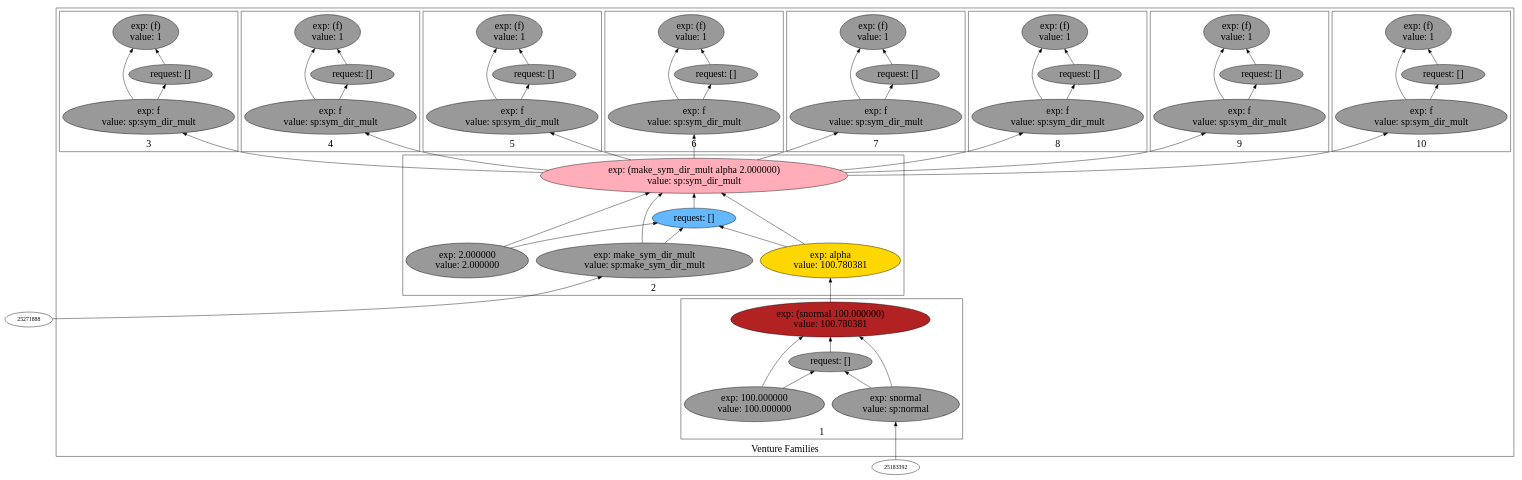
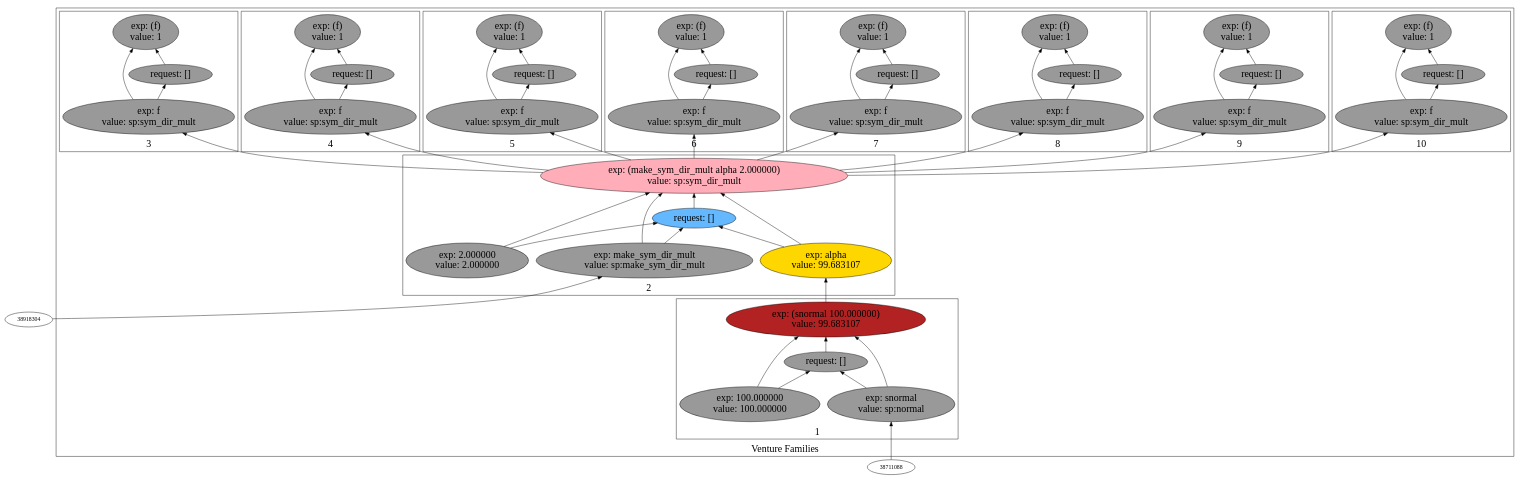
The diagram in backend/cxx/pdf_graphs/aaa_basic_with_aaa/dot3.dot (probcomp/Venturecxx), drawn with Graphviz before and after one commit. The commit also changed 374 other files, not shown here.

```diff
--- a/backend/cxx/pdf_graphs/aaa_basic_with_aaa/dot3.dot
+++ b/backend/cxx/pdf_graphs/aaa_basic_with_aaa/dot3.dot
@@ -5,125 +5,125 @@
 label="Venture Families"
 subgraph cluster2 {
 label="1"
-"23933904"["fillcolor"="firebrick" "fontsize"="24" "label"="exp: (snormal 100.000000)\nvalue: 100.780381" "shape"="ellipse" "style"="filled" ]
-"27225088"["fillcolor"="grey60" "fontsize"="24" "label"="request: []" "shape"="ellipse" "style"="filled" ]
-"27240144"["fillcolor"="grey60" "fontsize"="24" "label"="exp: snormal\nvalue: sp:normal" "shape"="ellipse" "style"="filled" ]
-"17032960"["fillcolor"="grey60" "fontsize"="24" "label"="exp: 100.000000\nvalue: 100.000000" "shape"="ellipse" "style"="filled" ]
+"36305200"["fillcolor"="firebrick" "fontsize"="24" "label"="exp: (snormal 100.000000)\nvalue: 99.683107" "shape"="ellipse" "style"="filled" ]
+"39687808"["fillcolor"="grey60" "fontsize"="24" "label"="request: []" "shape"="ellipse" "style"="filled" ]
+"39664544"["fillcolor"="grey60" "fontsize"="24" "label"="exp: snormal\nvalue: sp:normal" "shape"="ellipse" "style"="filled" ]
+"37525184"["fillcolor"="grey60" "fontsize"="24" "label"="exp: 100.000000\nvalue: 100.000000" "shape"="ellipse" "style"="filled" ]
 }
 
 subgraph cluster3 {
 label="2"
-"19730320"["fillcolor"="lightpink1" "fontsize"="24" "label"="exp: (make_sym_dir_mult alpha 2.000000)\nvalue: sp:sym_dir_mult" "shape"="ellipse" "style"="filled" ]
-"22550704"["fillcolor"="steelblue1" "fontsize"="24" "label"="request: []" "shape"="ellipse" "style"="filled" ]
-"19757488"["fillcolor"="grey60" "fontsize"="24" "label"="exp: make_sym_dir_mult\nvalue: sp:make_sym_dir_mult" "shape"="ellipse" "style"="filled" ]
-"24583872"["fillcolor"="gold" "fontsize"="24" "label"="exp: alpha\nvalue: 100.780381" "shape"="ellipse" "style"="filled" ]
-"24548272"["fillcolor"="grey60" "fontsize"="24" "label"="exp: 2.000000\nvalue: 2.000000" "shape"="ellipse" "style"="filled" ]
+"31055760"["fillcolor"="lightpink1" "fontsize"="24" "label"="exp: (make_sym_dir_mult alpha 2.000000)\nvalue: sp:sym_dir_mult" "shape"="ellipse" "style"="filled" ]
+"38243120"["fillcolor"="steelblue1" "fontsize"="24" "label"="request: []" "shape"="ellipse" "style"="filled" ]
+"30852832"["fillcolor"="grey60" "fontsize"="24" "label"="exp: make_sym_dir_mult\nvalue: sp:make_sym_dir_mult" "shape"="ellipse" "style"="filled" ]
+"28358400"["fillcolor"="gold" "fontsize"="24" "label"="exp: alpha\nvalue: 99.683107" "shape"="ellipse" "style"="filled" ]
+"31082928"["fillcolor"="grey60" "fontsize"="24" "label"="exp: 2.000000\nvalue: 2.000000" "shape"="ellipse" "style"="filled" ]
 }
 
 subgraph cluster4 {
 label="3"
-"20015792"["fillcolor"="grey60" "fontsize"="24" "label"="exp: (f)\nvalue: 1" "shape"="ellipse" "style"="filled" ]
-"21585232"["fillcolor"="grey60" "fontsize"="24" "label"="request: []" "shape"="ellipse" "style"="filled" ]
-"21242832"["fillcolor"="grey60" "fontsize"="24" "label"="exp: f\nvalue: sp:sym_dir_mult" "shape"="ellipse" "style"="filled" ]
+"33936992"["fillcolor"="grey60" "fontsize"="24" "label"="exp: (f)\nvalue: 1" "shape"="ellipse" "style"="filled" ]
+"36919568"["fillcolor"="grey60" "fontsize"="24" "label"="request: []" "shape"="ellipse" "style"="filled" ]
+"38700016"["fillcolor"="grey60" "fontsize"="24" "label"="exp: f\nvalue: sp:sym_dir_mult" "shape"="ellipse" "style"="filled" ]
 }
 
 subgraph cluster5 {
 label="4"
-"19527392"["fillcolor"="grey60" "fontsize"="24" "label"="exp: (f)\nvalue: 1" "shape"="ellipse" "style"="filled" ]
-"19090464"["fillcolor"="grey60" "fontsize"="24" "label"="request: []" "shape"="ellipse" "style"="filled" ]
-"20003376"["fillcolor"="grey60" "fontsize"="24" "label"="exp: f\nvalue: sp:sym_dir_mult" "shape"="ellipse" "style"="filled" ]
+"33943744"["fillcolor"="grey60" "fontsize"="24" "label"="exp: (f)\nvalue: 1" "shape"="ellipse" "style"="filled" ]
+"29656560"["fillcolor"="grey60" "fontsize"="24" "label"="request: []" "shape"="ellipse" "style"="filled" ]
+"33092592"["fillcolor"="grey60" "fontsize"="24" "label"="exp: f\nvalue: sp:sym_dir_mult" "shape"="ellipse" "style"="filled" ]
 }
 
 subgraph cluster6 {
 label="5"
-"20657840"["fillcolor"="grey60" "fontsize"="24" "label"="exp: (f)\nvalue: 1" "shape"="ellipse" "style"="filled" ]
-"19542832"["fillcolor"="grey60" "fontsize"="24" "label"="request: []" "shape"="ellipse" "style"="filled" ]
-"21008016"["fillcolor"="grey60" "fontsize"="24" "label"="exp: f\nvalue: sp:sym_dir_mult" "shape"="ellipse" "style"="filled" ]
+"34036272"["fillcolor"="grey60" "fontsize"="24" "label"="exp: (f)\nvalue: 1" "shape"="ellipse" "style"="filled" ]
+"30415904"["fillcolor"="grey60" "fontsize"="24" "label"="request: []" "shape"="ellipse" "style"="filled" ]
+"31328816"["fillcolor"="grey60" "fontsize"="24" "label"="exp: f\nvalue: sp:sym_dir_mult" "shape"="ellipse" "style"="filled" ]
 }
 
 subgraph cluster7 {
 label="6"
-"21054944"["fillcolor"="grey60" "fontsize"="24" "label"="exp: (f)\nvalue: 1" "shape"="ellipse" "style"="filled" ]
-"19161760"["fillcolor"="grey60" "fontsize"="24" "label"="request: []" "shape"="ellipse" "style"="filled" ]
-"19263232"["fillcolor"="grey60" "fontsize"="24" "label"="exp: f\nvalue: sp:sym_dir_mult" "shape"="ellipse" "style"="filled" ]
+"37271520"["fillcolor"="grey60" "fontsize"="24" "label"="exp: (f)\nvalue: 1" "shape"="ellipse" "style"="filled" ]
+"30868272"["fillcolor"="grey60" "fontsize"="24" "label"="request: []" "shape"="ellipse" "style"="filled" ]
+"31341232"["fillcolor"="grey60" "fontsize"="24" "label"="exp: f\nvalue: sp:sym_dir_mult" "shape"="ellipse" "style"="filled" ]
 }
 
 subgraph cluster8 {
 label="7"
-"21253792"["fillcolor"="grey60" "fontsize"="24" "label"="exp: (f)\nvalue: 1" "shape"="ellipse" "style"="filled" ]
-"20544160"["fillcolor"="grey60" "fontsize"="24" "label"="request: []" "shape"="ellipse" "style"="filled" ]
-"21280336"["fillcolor"="grey60" "fontsize"="24" "label"="exp: f\nvalue: sp:sym_dir_mult" "shape"="ellipse" "style"="filled" ]
+"31983280"["fillcolor"="grey60" "fontsize"="24" "label"="exp: (f)\nvalue: 1" "shape"="ellipse" "style"="filled" ]
+"30881168"["fillcolor"="grey60" "fontsize"="24" "label"="request: []" "shape"="ellipse" "style"="filled" ]
+"32857776"["fillcolor"="grey60" "fontsize"="24" "label"="exp: f\nvalue: sp:sym_dir_mult" "shape"="ellipse" "style"="filled" ]
 }
 
 subgraph cluster9 {
 label="8"
-"21669504"["fillcolor"="grey60" "fontsize"="24" "label"="exp: (f)\nvalue: 1" "shape"="ellipse" "style"="filled" ]
-"21594288"["fillcolor"="grey60" "fontsize"="24" "label"="request: []" "shape"="ellipse" "style"="filled" ]
-"20536048"["fillcolor"="grey60" "fontsize"="24" "label"="exp: f\nvalue: sp:sym_dir_mult" "shape"="ellipse" "style"="filled" ]
+"32904704"["fillcolor"="grey60" "fontsize"="24" "label"="exp: (f)\nvalue: 1" "shape"="ellipse" "style"="filled" ]
+"30487200"["fillcolor"="grey60" "fontsize"="24" "label"="request: []" "shape"="ellipse" "style"="filled" ]
+"31339040"["fillcolor"="grey60" "fontsize"="24" "label"="exp: f\nvalue: sp:sym_dir_mult" "shape"="ellipse" "style"="filled" ]
 }
 
 subgraph cluster10 {
 label="9"
-"22140848"["fillcolor"="grey60" "fontsize"="24" "label"="exp: (f)\nvalue: 1" "shape"="ellipse" "style"="filled" ]
-"19964176"["fillcolor"="grey60" "fontsize"="24" "label"="request: []" "shape"="ellipse" "style"="filled" ]
-"17556832"["fillcolor"="grey60" "fontsize"="24" "label"="exp: f\nvalue: sp:sym_dir_mult" "shape"="ellipse" "style"="filled" ]
+"31869600"["fillcolor"="grey60" "fontsize"="24" "label"="exp: (f)\nvalue: 1" "shape"="ellipse" "style"="filled" ]
+"30588672"["fillcolor"="grey60" "fontsize"="24" "label"="request: []" "shape"="ellipse" "style"="filled" ]
+"33103552"["fillcolor"="grey60" "fontsize"="24" "label"="exp: f\nvalue: sp:sym_dir_mult" "shape"="ellipse" "style"="filled" ]
 }
 
 subgraph cluster11 {
 label="10"
-"21285312"["fillcolor"="grey60" "fontsize"="24" "label"="exp: (f)\nvalue: 1" "shape"="ellipse" "style"="filled" ]
-"19555728"["fillcolor"="grey60" "fontsize"="24" "label"="request: []" "shape"="ellipse" "style"="filled" ]
-"21569072"["fillcolor"="grey60" "fontsize"="24" "label"="exp: f\nvalue: sp:sym_dir_mult" "shape"="ellipse" "style"="filled" ]
+"31861488"["fillcolor"="grey60" "fontsize"="24" "label"="exp: (f)\nvalue: 1" "shape"="ellipse" "style"="filled" ]
+"33946736"["fillcolor"="grey60" "fontsize"="24" "label"="request: []" "shape"="ellipse" "style"="filled" ]
+"31289616"["fillcolor"="grey60" "fontsize"="24" "label"="exp: f\nvalue: sp:sym_dir_mult" "shape"="ellipse" "style"="filled" ]
 }
 
 }
 
-"20003376" -> "19527392"["arrowhead"="normal" "color"="black" "constraint"="true" "style"="solid" ]
-"20003376" -> "19090464"["arrowhead"="normal" "color"="black" "constraint"="true" "style"="solid" ]
-"19730320" -> "20003376"["arrowhead"="normal" "color"="black" "constraint"="true" "style"="solid" ]
-"19090464" -> "19527392"["arrowhead"="normal" "color"="black" "constraint"="true" "style"="solid" ]
-"19757488" -> "19730320"["arrowhead"="normal" "color"="black" "constraint"="true" "style"="solid" ]
-"19757488" -> "22550704"["arrowhead"="normal" "color"="black" "constraint"="true" "style"="solid" ]
-"25271888" -> "19757488"["arrowhead"="normal" "color"="black" "constraint"="true" "style"="solid" ]
-"24583872" -> "19730320"["arrowhead"="normal" "color"="black" "constraint"="true" "style"="solid" ]
-"24583872" -> "22550704"["arrowhead"="normal" "color"="black" "constraint"="true" "style"="solid" ]
-"23933904" -> "24583872"["arrowhead"="normal" "color"="black" "constraint"="true" "style"="solid" ]
-"24548272" -> "19730320"["arrowhead"="normal" "color"="black" "constraint"="true" "style"="solid" ]
-"24548272" -> "22550704"["arrowhead"="normal" "color"="black" "constraint"="true" "style"="solid" ]
-"22550704" -> "19730320"["arrowhead"="normal" "color"="black" "constraint"="true" "style"="solid" ]
-"21242832" -> "20015792"["arrowhead"="normal" "color"="black" "constraint"="true" "style"="solid" ]
-"21242832" -> "21585232"["arrowhead"="normal" "color"="black" "constraint"="true" "style"="solid" ]
-"19730320" -> "21242832"["arrowhead"="normal" "color"="black" "constraint"="true" "style"="solid" ]
-"21585232" -> "20015792"["arrowhead"="normal" "color"="black" "constraint"="true" "style"="solid" ]
-"21008016" -> "20657840"["arrowhead"="normal" "color"="black" "constraint"="true" "style"="solid" ]
-"21008016" -> "19542832"["arrowhead"="normal" "color"="black" "constraint"="true" "style"="solid" ]
-"19730320" -> "21008016"["arrowhead"="normal" "color"="black" "constraint"="true" "style"="solid" ]
-"19542832" -> "20657840"["arrowhead"="normal" "color"="black" "constraint"="true" "style"="solid" ]
-"19263232" -> "21054944"["arrowhead"="normal" "color"="black" "constraint"="true" "style"="solid" ]
-"19263232" -> "19161760"["arrowhead"="normal" "color"="black" "constraint"="true" "style"="solid" ]
-"19730320" -> "19263232"["arrowhead"="normal" "color"="black" "constraint"="true" "style"="solid" ]
-"19161760" -> "21054944"["arrowhead"="normal" "color"="black" "constraint"="true" "style"="solid" ]
-"21280336" -> "21253792"["arrowhead"="normal" "color"="black" "constraint"="true" "style"="solid" ]
-"21280336" -> "20544160"["arrowhead"="normal" "color"="black" "constraint"="true" "style"="solid" ]
-"19730320" -> "21280336"["arrowhead"="normal" "color"="black" "constraint"="true" "style"="solid" ]
-"20544160" -> "21253792"["arrowhead"="normal" "color"="black" "constraint"="true" "style"="solid" ]
-"21569072" -> "21285312"["arrowhead"="normal" "color"="black" "constraint"="true" "style"="solid" ]
-"21569072" -> "19555728"["arrowhead"="normal" "color"="black" "constraint"="true" "style"="solid" ]
-"19730320" -> "21569072"["arrowhead"="normal" "color"="black" "constraint"="true" "style"="solid" ]
-"19555728" -> "21285312"["arrowhead"="normal" "color"="black" "constraint"="true" "style"="solid" ]
-"20536048" -> "21669504"["arrowhead"="normal" "color"="black" "constraint"="true" "style"="solid" ]
-"20536048" -> "21594288"["arrowhead"="normal" "color"="black" "constraint"="true" "style"="solid" ]
-"19730320" -> "20536048"["arrowhead"="normal" "color"="black" "constraint"="true" "style"="solid" ]
-"21594288" -> "21669504"["arrowhead"="normal" "color"="black" "constraint"="true" "style"="solid" ]
-"17556832" -> "22140848"["arrowhead"="normal" "color"="black" "constraint"="true" "style"="solid" ]
-"17556832" -> "19964176"["arrowhead"="normal" "color"="black" "constraint"="true" "style"="solid" ]
-"19730320" -> "17556832"["arrowhead"="normal" "color"="black" "constraint"="true" "style"="solid" ]
-"19964176" -> "22140848"["arrowhead"="normal" "color"="black" "constraint"="true" "style"="solid" ]
-"27240144" -> "23933904"["arrowhead"="normal" "color"="black" "constraint"="true" "style"="solid" ]
-"27240144" -> "27225088"["arrowhead"="normal" "color"="black" "constraint"="true" "style"="solid" ]
-"25183392" -> "27240144"["arrowhead"="normal" "color"="black" "constraint"="true" "style"="solid" ]
-"17032960" -> "23933904"["arrowhead"="normal" "color"="black" "constraint"="true" "style"="solid" ]
-"17032960" -> "27225088"["arrowhead"="normal" "color"="black" "constraint"="true" "style"="solid" ]
-"27225088" -> "23933904"["arrowhead"="normal" "color"="black" "constraint"="true" "style"="solid" ]
+"30852832" -> "31055760"["arrowhead"="normal" "color"="black" "constraint"="true" "style"="solid" ]
+"30852832" -> "38243120"["arrowhead"="normal" "color"="black" "constraint"="true" "style"="solid" ]
+"38918304" -> "30852832"["arrowhead"="normal" "color"="black" "constraint"="true" "style"="solid" ]
+"28358400" -> "31055760"["arrowhead"="normal" "color"="black" "constraint"="true" "style"="solid" ]
+"28358400" -> "38243120"["arrowhead"="normal" "color"="black" "constraint"="true" "style"="solid" ]
+"36305200" -> "28358400"["arrowhead"="normal" "color"="black" "constraint"="true" "style"="solid" ]
+"31082928" -> "31055760"["arrowhead"="normal" "color"="black" "constraint"="true" "style"="solid" ]
+"31082928" -> "38243120"["arrowhead"="normal" "color"="black" "constraint"="true" "style"="solid" ]
+"38243120" -> "31055760"["arrowhead"="normal" "color"="black" "constraint"="true" "style"="solid" ]
+"31289616" -> "31861488"["arrowhead"="normal" "color"="black" "constraint"="true" "style"="solid" ]
+"31289616" -> "33946736"["arrowhead"="normal" "color"="black" "constraint"="true" "style"="solid" ]
+"31055760" -> "31289616"["arrowhead"="normal" "color"="black" "constraint"="true" "style"="solid" ]
+"33946736" -> "31861488"["arrowhead"="normal" "color"="black" "constraint"="true" "style"="solid" ]
+"33103552" -> "31869600"["arrowhead"="normal" "color"="black" "constraint"="true" "style"="solid" ]
+"33103552" -> "30588672"["arrowhead"="normal" "color"="black" "constraint"="true" "style"="solid" ]
+"31055760" -> "33103552"["arrowhead"="normal" "color"="black" "constraint"="true" "style"="solid" ]
+"30588672" -> "31869600"["arrowhead"="normal" "color"="black" "constraint"="true" "style"="solid" ]
+"32857776" -> "31983280"["arrowhead"="normal" "color"="black" "constraint"="true" "style"="solid" ]
+"32857776" -> "30881168"["arrowhead"="normal" "color"="black" "constraint"="true" "style"="solid" ]
+"31055760" -> "32857776"["arrowhead"="normal" "color"="black" "constraint"="true" "style"="solid" ]
+"30881168" -> "31983280"["arrowhead"="normal" "color"="black" "constraint"="true" "style"="solid" ]
+"31339040" -> "32904704"["arrowhead"="normal" "color"="black" "constraint"="true" "style"="solid" ]
+"31339040" -> "30487200"["arrowhead"="normal" "color"="black" "constraint"="true" "style"="solid" ]
+"31055760" -> "31339040"["arrowhead"="normal" "color"="black" "constraint"="true" "style"="solid" ]
+"30487200" -> "32904704"["arrowhead"="normal" "color"="black" "constraint"="true" "style"="solid" ]
+"38700016" -> "33936992"["arrowhead"="normal" "color"="black" "constraint"="true" "style"="solid" ]
+"38700016" -> "36919568"["arrowhead"="normal" "color"="black" "constraint"="true" "style"="solid" ]
+"31055760" -> "38700016"["arrowhead"="normal" "color"="black" "constraint"="true" "style"="solid" ]
+"36919568" -> "33936992"["arrowhead"="normal" "color"="black" "constraint"="true" "style"="solid" ]
+"33092592" -> "33943744"["arrowhead"="normal" "color"="black" "constraint"="true" "style"="solid" ]
+"33092592" -> "29656560"["arrowhead"="normal" "color"="black" "constraint"="true" "style"="solid" ]
+"31055760" -> "33092592"["arrowhead"="normal" "color"="black" "constraint"="true" "style"="solid" ]
+"29656560" -> "33943744"["arrowhead"="normal" "color"="black" "constraint"="true" "style"="solid" ]
+"31328816" -> "34036272"["arrowhead"="normal" "color"="black" "constraint"="true" "style"="solid" ]
+"31328816" -> "30415904"["arrowhead"="normal" "color"="black" "constraint"="true" "style"="solid" ]
+"31055760" -> "31328816"["arrowhead"="normal" "color"="black" "constraint"="true" "style"="solid" ]
+"30415904" -> "34036272"["arrowhead"="normal" "color"="black" "constraint"="true" "style"="solid" ]
+"39664544" -> "36305200"["arrowhead"="normal" "color"="black" "constraint"="true" "style"="solid" ]
+"39664544" -> "39687808"["arrowhead"="normal" "color"="black" "constraint"="true" "style"="solid" ]
+"38711088" -> "39664544"["arrowhead"="normal" "color"="black" "constraint"="true" "style"="solid" ]
+"37525184" -> "36305200"["arrowhead"="normal" "color"="black" "constraint"="true" "style"="solid" ]
+"37525184" -> "39687808"["arrowhead"="normal" "color"="black" "constraint"="true" "style"="solid" ]
+"39687808" -> "36305200"["arrowhead"="normal" "color"="black" "constraint"="true" "style"="solid" ]
+"31341232" -> "37271520"["arrowhead"="normal" "color"="black" "constraint"="true" "style"="solid" ]
+"31341232" -> "30868272"["arrowhead"="normal" "color"="black" "constraint"="true" "style"="solid" ]
+"31055760" -> "31341232"["arrowhead"="normal" "color"="black" "constraint"="true" "style"="solid" ]
+"30868272" -> "37271520"["arrowhead"="normal" "color"="black" "constraint"="true" "style"="solid" ]
 
 }
```
